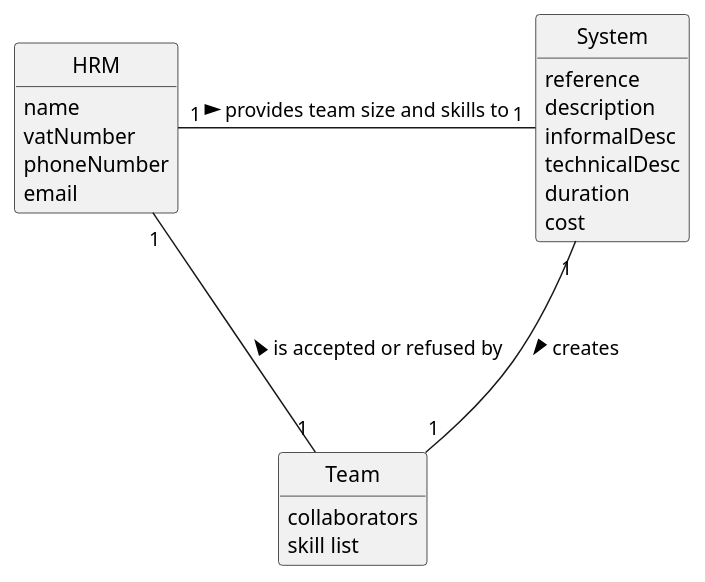
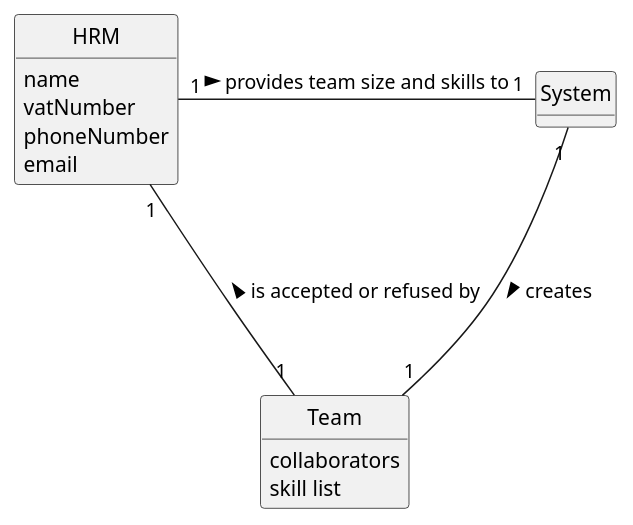
One commit to tiagosoa/lei-24-s2-1dgh-g073 changed the diagram in docs/sprintA/us005/02.analysis/puml/us005-domain-model.puml. Above: the diagram before and after it, drawn with PlantUML. The commit also changed 6 other files, not shown here.

```diff
--- a/docs/sprintA/us005/02.analysis/puml/us005-domain-model.puml
+++ b/docs/sprintA/us005/02.analysis/puml/us005-domain-model.puml
@@ -1,49 +1,43 @@
 @startuml
 skinparam monochrome true
 skinparam packageStyle rectangle
 skinparam shadowing false
 
 'left to right direction
 
 skinparam classAttributeIconSize 0
 
 hide circle
 hide methods
 
 'title Domain Model
 
 'class Platform {
 '  -description
 '}
 
 class HRM {
     name
     vatNumber
     phoneNumber
     email
 }
 
 class System {
-    reference
-    description
-    informalDesc
-    technicalDesc
-    duration
-    cost
 }
 
 class Team {
     collaborators
     skill list
 }
 
 'class User {
 '    name
 '    email
 '    password
 '}
 
 HRM "1" - "1" System : provides team size and skills to >
 System "1" --- "1" Team: creates >
 Team "1" - "1" HRM : is accepted or refused by >
 @enduml
```
